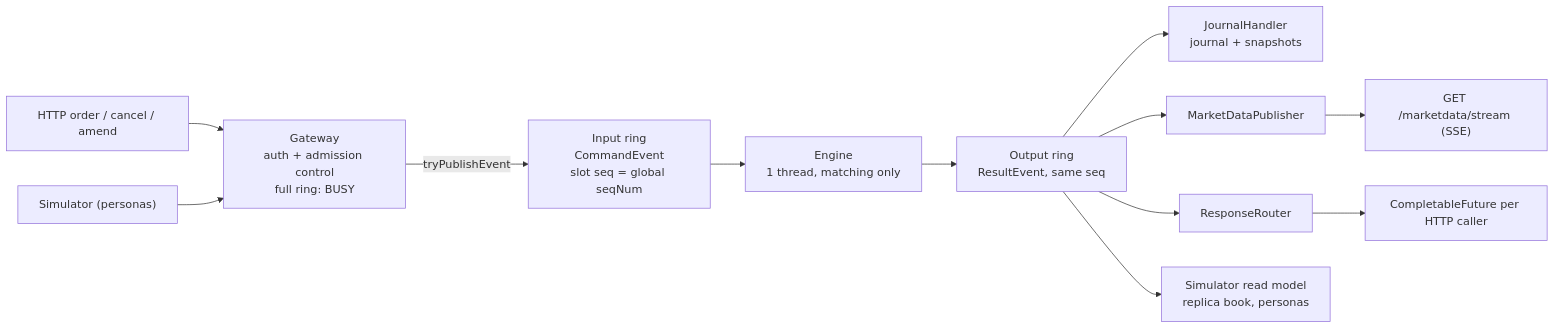
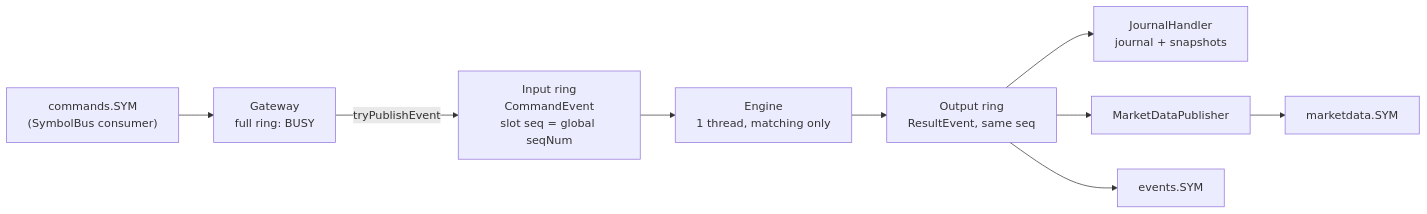
One commit to arthuryan-k/devin-demo changed the third of 8 diagrams in ARCHITECTURE.md. Above: the diagram before and after it, drawn with Mermaid. The commit also changed other lines of this file and 1 other file, not shown here.

Commit message:
Docs: end-to-end topology, simulator and FIX gateway; drop the in-process demo

````diff
--- a/ARCHITECTURE.md
+++ b/ARCHITECTURE.md
@@ -102,14 +149,11 @@
 ```mermaid
 flowchart LR
-    HTTP["HTTP order / cancel / amend"] --> GW
-    SIM["Simulator (personas)"] --> GW
-    GW["Gateway<br/>auth + admission control<br/>full ring: BUSY"] -- "tryPublishEvent" --> IN
+    BUS["commands.SYM<br/>(SymbolBus consumer)"] --> GW
+    GW["Gateway<br/>full ring: BUSY"] -- "tryPublishEvent" --> IN
     IN["Input ring<br/>CommandEvent<br/>slot seq = global seqNum"] --> ENG
     ENG["Engine<br/>1 thread, matching only"] --> OUT
     OUT["Output ring<br/>ResultEvent, same seq"] --> J["JournalHandler<br/>journal + snapshots"]
     OUT --> MD["MarketDataPublisher"]
-    MD --> SSE["GET /marketdata/stream (SSE)"]
-    OUT --> RR["ResponseRouter"]
-    RR --> CF["CompletableFuture per HTTP caller"]
-    OUT --> RM["Simulator read model<br/>replica book, personas"]
+    MD --> MDT["marketdata.SYM"]
+    OUT --> EV["events.SYM"]
 ```
````
